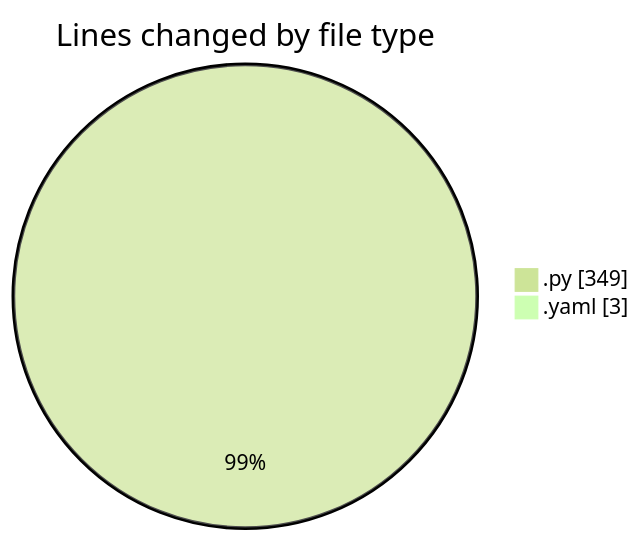
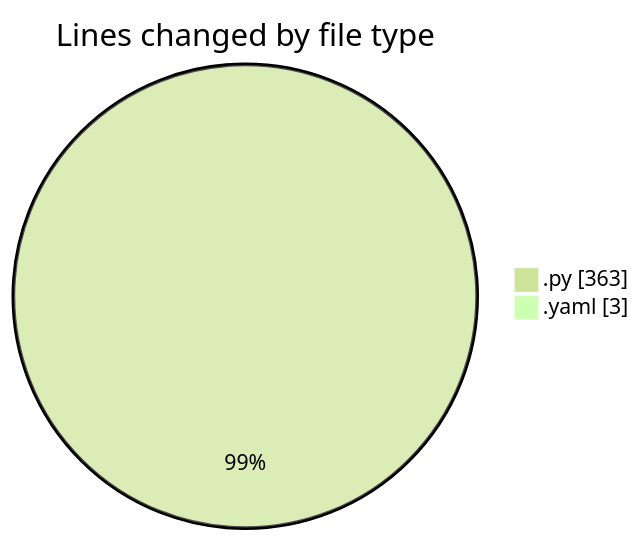
One commit to MatusMokan/code-tracking changed the first of 2 diagrams in 2025-03-09/myws__workspace_/README.md. Above: the diagram before and after it, drawn with Mermaid (forest theme). The commit also changed other lines of this file and 1 other file, not shown here.

````diff
--- a/2025-03-09/myws__workspace_/README.md
+++ b/2025-03-09/myws__workspace_/README.md
@@ -21,6 +21,6 @@
 ```mermaid
 pie showData
 title Lines changed by file type
-".py" : 349
+".py" : 363
 ".yaml" : 3
 ```
````
